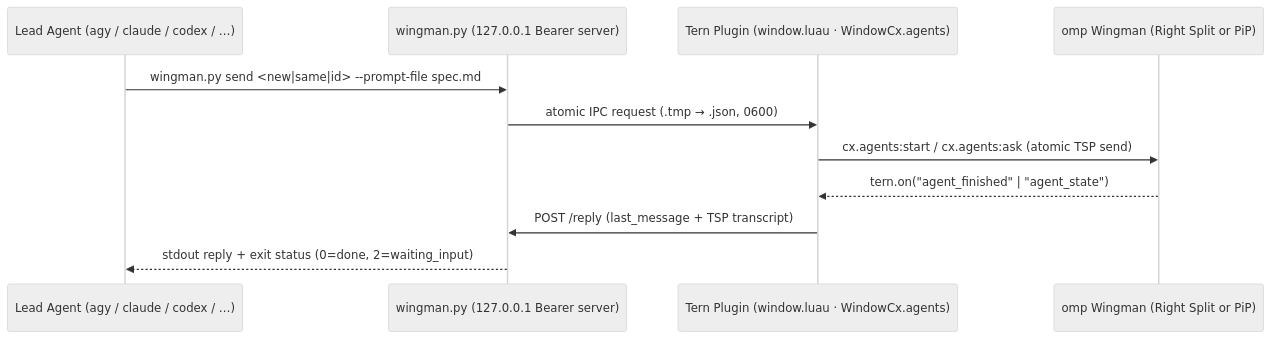
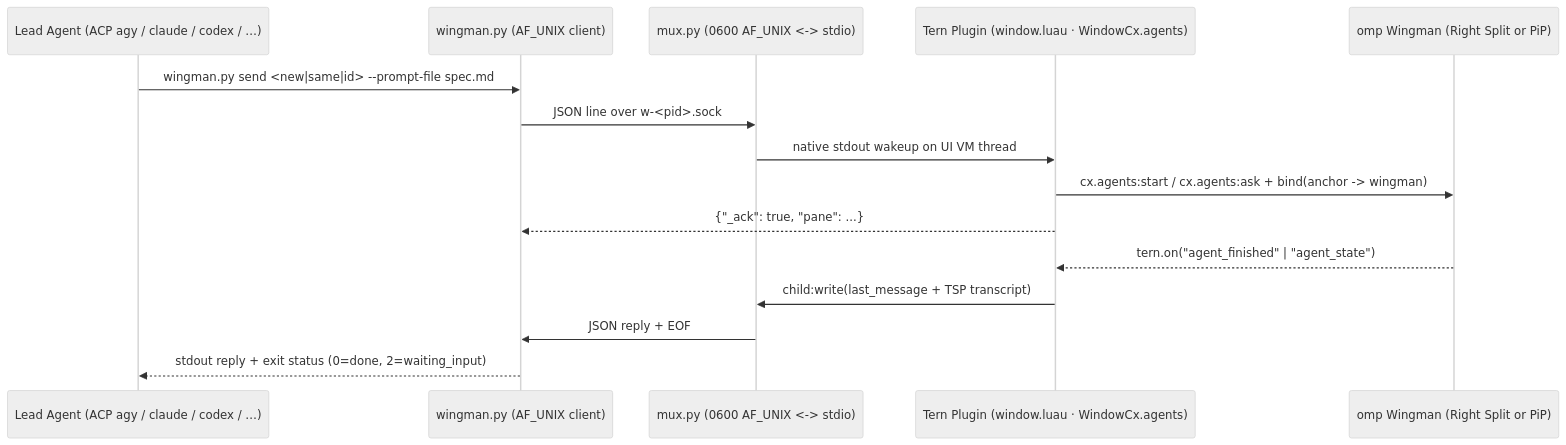
Before and after one commit to ninthcj/tern-wingman: the diagram in README.md, drawn with Mermaid (neutral theme). The commit also changed other lines of this file and 7 other files, not shown here.

Commit message:
refactor(bridge): replace timer/HTTP polling with AF_UNIX mux & explicit pane ownership (v0.1.1)

````diff
--- a/README.md
+++ b/README.md
@@ -33,14 +34,18 @@
 ```mermaid
 sequenceDiagram
-    participant L as Lead Agent (agy / claude / codex / …)
-    participant W as wingman.py (127.0.0.1 Bearer server)
+    participant L as Lead Agent (ACP agy / claude / codex / …)
+    participant W as wingman.py (AF_UNIX client)
+    participant M as mux.py (0600 AF_UNIX <-> stdio)
     participant P as Tern Plugin (window.luau · WindowCx.agents)
     participant O as omp Wingman (Right Split or PiP)
 
     L->>W: wingman.py send <new|same|id> --prompt-file spec.md
-    W->>P: atomic IPC request (.tmp → .json, 0600)
-    P->>O: cx.agents:start / cx.agents:ask (atomic TSP send)
+    W->>M: JSON line over w-<pid>.sock
+    M->>P: native stdout wakeup on UI VM thread
+    P->>O: cx.agents:start / cx.agents:ask + bind(anchor -> wingman)
+    P-->>W: {"_ack": true, "pane": ...}
     O-->>P: tern.on("agent_finished" | "agent_state")
-    P->>W: POST /reply (last_message + TSP transcript)
+    P->>M: child:write(last_message + TSP transcript)
+    M->>W: JSON reply + EOF
     W-->>L: stdout reply + exit status (0=done, 2=waiting_input)
 ```
````
